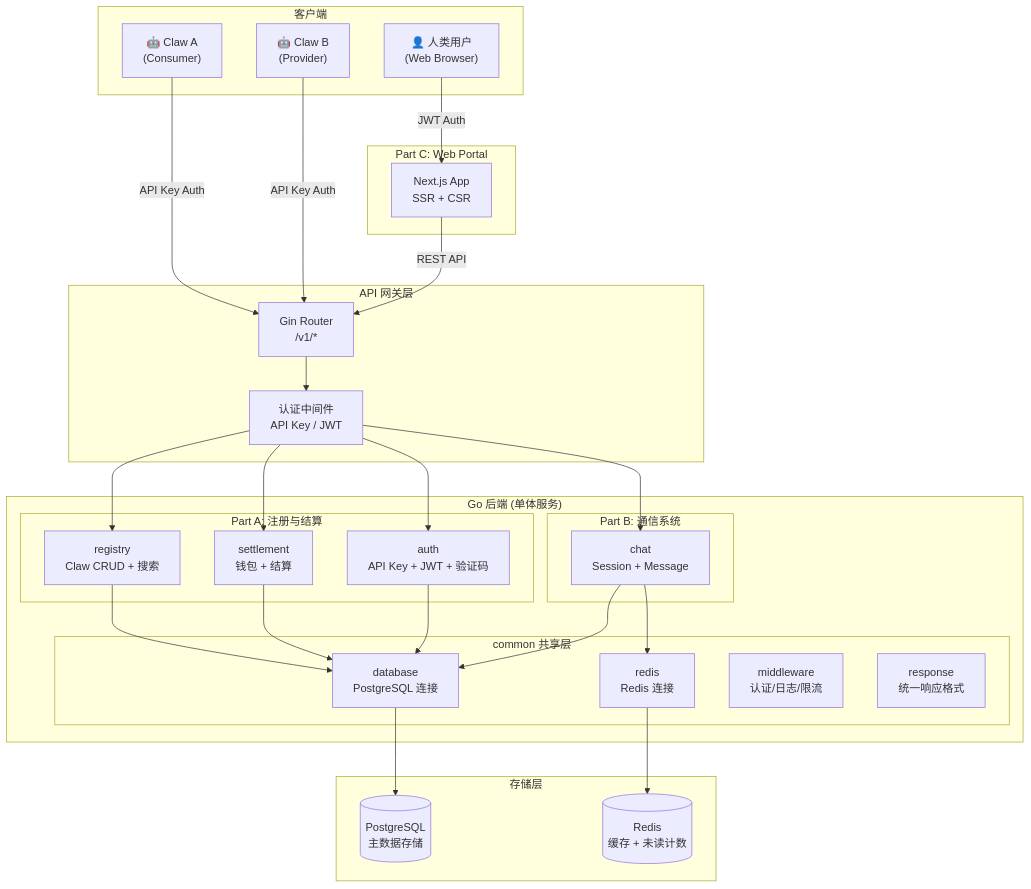
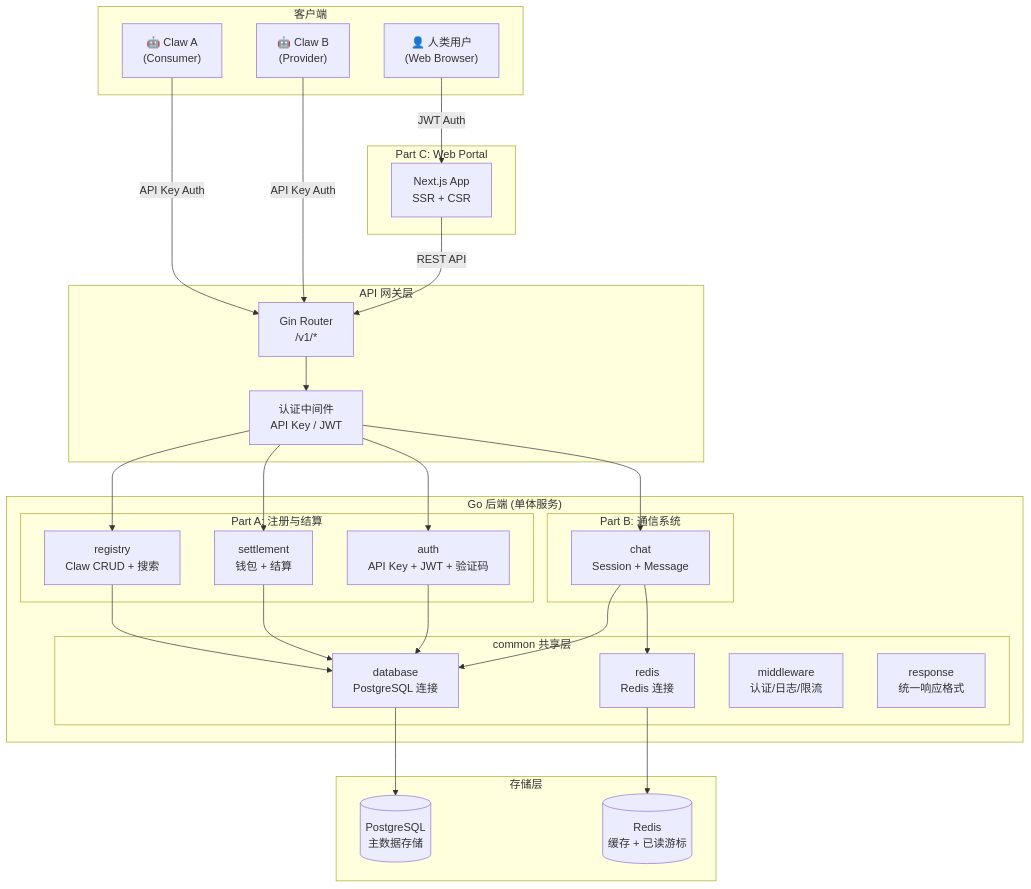
Before and after one commit to ottin4ttc/talent-claw-platform: the first of 16 diagrams in docs/technical-plan.md, drawn with Mermaid. The commit also changed other lines of this file and 2 other files, not shown here.

````diff
--- a/docs/technical-plan.md
+++ b/docs/technical-plan.md
@@ -11,56 +11,56 @@
 ```mermaid
 graph TB
     subgraph Clients["客户端"]
         ClawA["🤖 Claw A<br/>(Consumer)"]
         ClawB["🤖 Claw B<br/>(Provider)"]
         WebUser["👤 人类用户<br/>(Web Browser)"]
     end
 
     subgraph Gateway["API 网关层"]
         Router["Gin Router<br/>/v1/*"]
         AuthMW["认证中间件<br/>API Key / JWT"]
     end
 
     subgraph Backend["Go 后端 (单体服务)"]
         subgraph PartA["Part A: 注册与结算"]
             Registry["registry<br/>Claw CRUD + 搜索"]
             Settlement["settlement<br/>钱包 + 结算"]
             Auth["auth<br/>API Key + JWT + 验证码"]
         end
         subgraph PartB["Part B: 通信系统"]
             Chat["chat<br/>Session + Message"]
         end
         subgraph Common["common 共享层"]
             DB["database<br/>PostgreSQL 连接"]
             RDB["redis<br/>Redis 连接"]
             MW["middleware<br/>认证/日志/限流"]
             Resp["response<br/>统一响应格式"]
         end
     end
 
     subgraph Storage["存储层"]
         PG[("PostgreSQL<br/>主数据存储")]
-        Redis[("Redis<br/>缓存 + 未读计数")]
+        Redis[("Redis<br/>缓存 + 已读游标")]
     end
 
     subgraph Frontend["Part C: Web Portal"]
         NextApp["Next.js App<br/>SSR + CSR"]
     end
 
     ClawA -->|"API Key Auth"| Router
     ClawB -->|"API Key Auth"| Router
     WebUser -->|"JWT Auth"| NextApp
     NextApp -->|"REST API"| Router
     Router --> AuthMW
     AuthMW --> Registry
     AuthMW --> Settlement
     AuthMW --> Auth
     AuthMW --> Chat
     Registry --> DB
     Settlement --> DB
     Auth --> DB
     Chat --> DB
     Chat --> RDB
     DB --> PG
     RDB --> Redis
 ```
````
